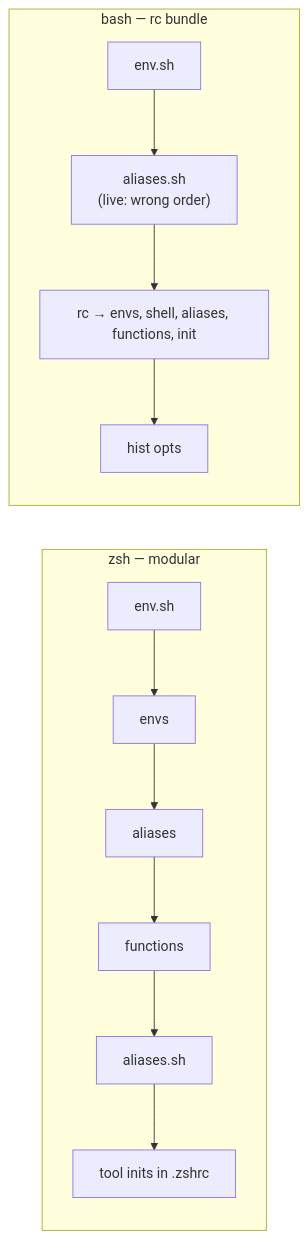
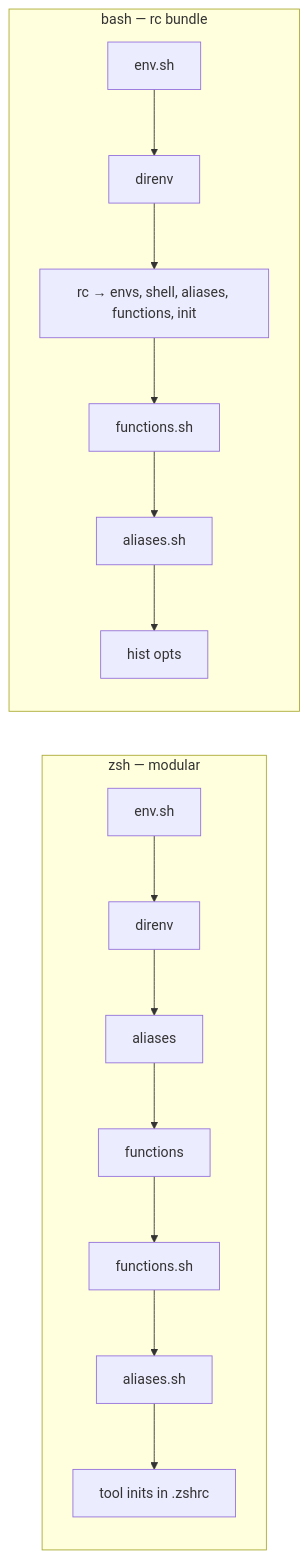
The sixth of 9 diagrams in shell.md (p10ns11y/shellyxz.sh), drawn with Mermaid before and after one commit. The commit also changed other lines of this file and 3 other files, not shown here.

````diff
--- a/shell.md
+++ b/shell.md
@@ -203,16 +191,19 @@
 ```mermaid
 flowchart LR
     subgraph zsh_mode["zsh — modular"]
-        z1["env.sh"] --> z2["envs"]
+        z1["env.sh"] --> z2["direnv"]
         z2 --> z3["aliases"]
         z3 --> z4["functions"]
-        z4 --> z5["aliases.sh"]
-        z5 --> z6["tool inits in .zshrc"]
+        z4 --> z5["functions.sh"]
+        z5 --> z6["aliases.sh"]
+        z6 --> z7["tool inits in .zshrc"]
     end
 
     subgraph bash_mode["bash — rc bundle"]
-        b1["env.sh"] --> b2["aliases.sh<br/>(live: wrong order)"]
+        b1["env.sh"] --> b2["direnv"]
         b2 --> b3["rc → envs, shell, aliases, functions, init"]
-        b3 --> b4["hist opts"]
+        b3 --> b4["functions.sh"]
+        b4 --> b5["aliases.sh"]
+        b5 --> b6["hist opts"]
     end
 ```
````
